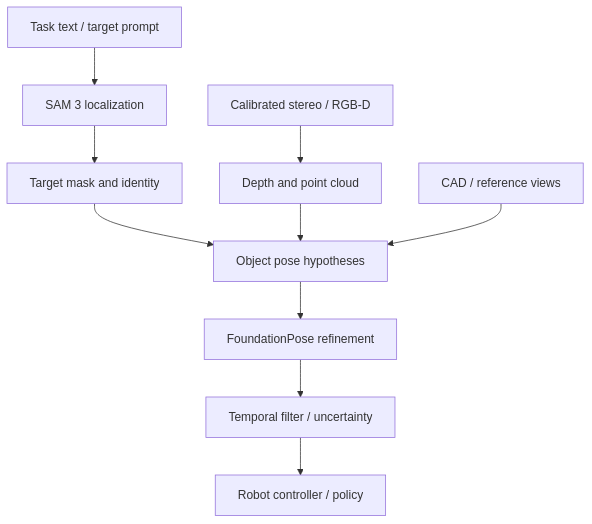
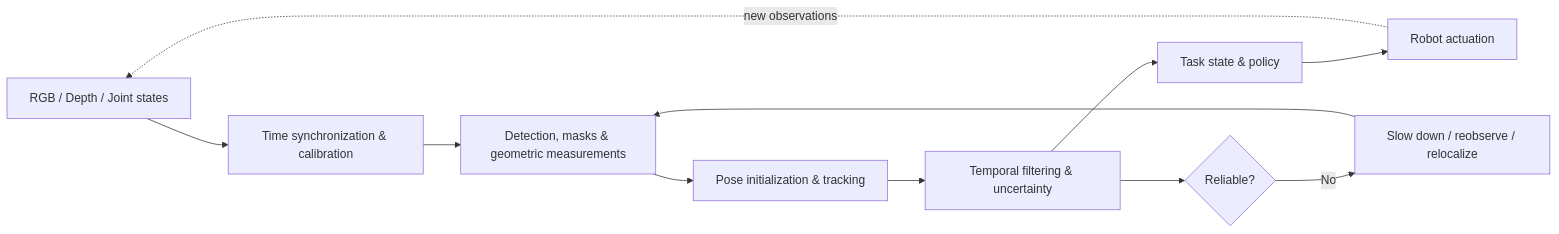
One commit to zengxiong111/Foundation_of_Embodied_AI changed the first of 3 diagrams in md/Visual_State_Estimation_EN.md. Above: the diagram before and after it, drawn with Mermaid. The commit also changed other lines of this file and 35 other files, not shown here.

````diff
--- a/md/Visual_State_Estimation_EN.md
+++ b/md/Visual_State_Estimation_EN.md
@@ -312,12 +115,13 @@
-~~~mermaid
-flowchart TD
-  A["Task text / target prompt"] --> B["SAM 3 localization"]
-  B --> C["Target mask and identity"]
-  D["Calibrated stereo / RGB-D"] --> E["Depth and point cloud"]
-  C --> F["Object pose hypotheses"]
-  E --> F
-  G["CAD / reference views"] --> F
-  F --> H["FoundationPose refinement"]
-  H --> I["Temporal filter / uncertainty"]
-  I --> J["Robot controller / policy"]
-~~~
+```mermaid
+flowchart LR
+  A[RGB / Depth / Joint states] --> B[Time synchronization & calibration]
+  B --> C[Detection, masks & geometric measurements]
+  C --> D[Pose initialization & tracking]
+  D --> E[Temporal filtering & uncertainty]
+  E --> F[Task state & policy]
+  F --> G[Robot actuation]
+  G -. new observations .-> A
+  E --> H{Reliable?}
+  H -- No --> I[Slow down / reobserve / relocalize]
+  I --> C
+```
````
